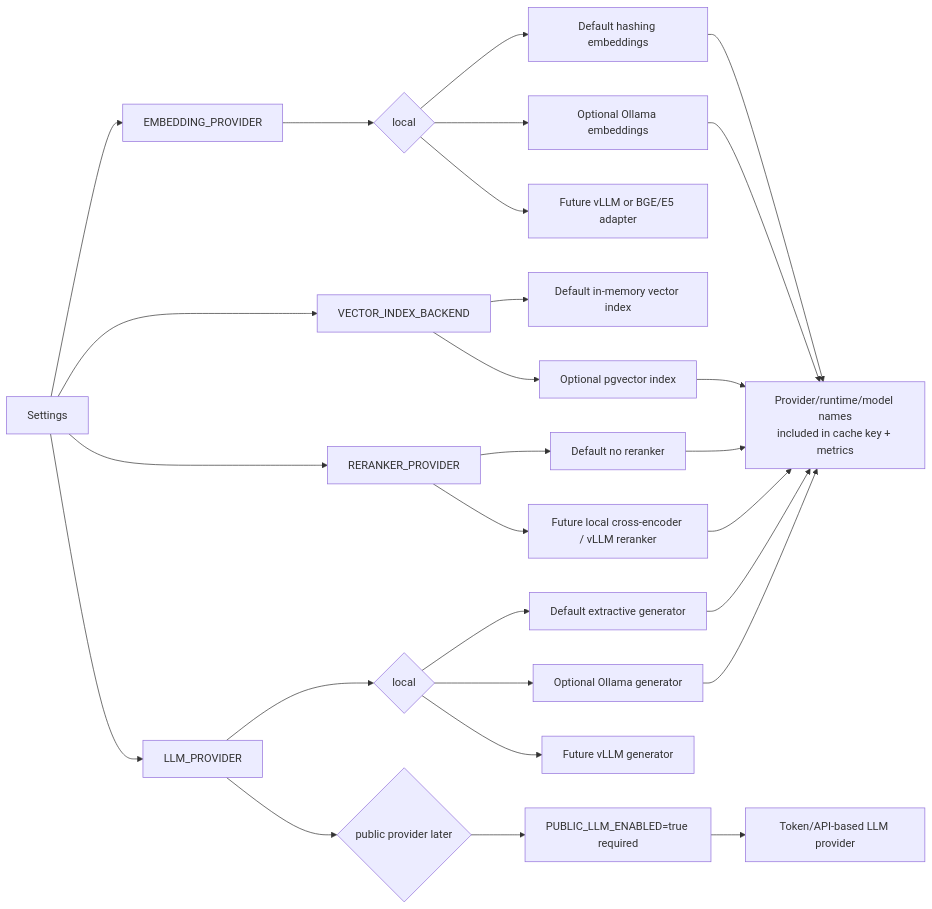
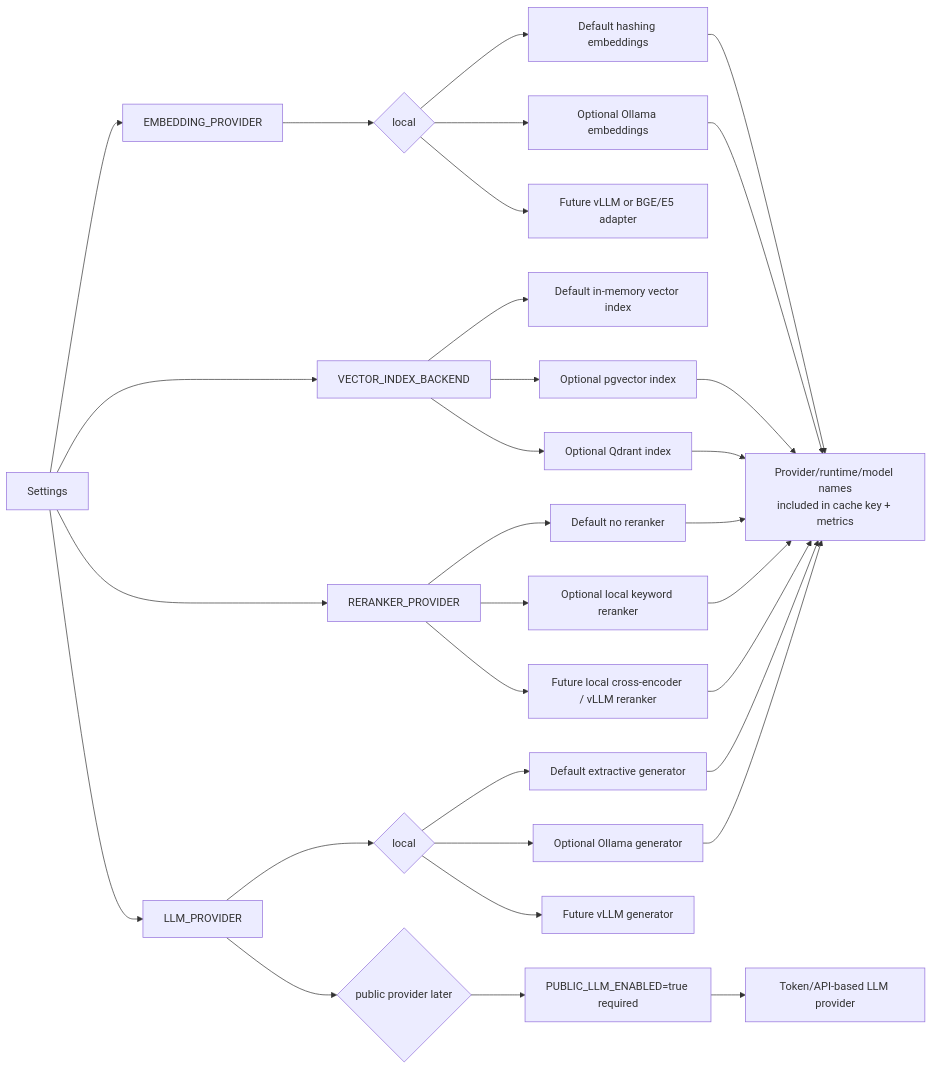
The sixth of 10 diagrams in docs/flow-diagrams.md (lnrdwarampudis-git/rag-saas-docs-ingestion-poc), drawn with Mermaid before and after one commit. The commit also changed 23 other files, not shown here.

Commit message:
Add MinIO upload sessions Qdrant index and local reranker

````diff
--- a/docs/flow-diagrams.md
+++ b/docs/flow-diagrams.md
@@ -156,29 +156,33 @@
 ```mermaid
 flowchart LR
   config["Settings"] --> embeddingProvider["EMBEDDING_PROVIDER"]
   config --> vectorIndex["VECTOR_INDEX_BACKEND"]
   config --> rerankerProvider["RERANKER_PROVIDER"]
   config --> llmProvider["LLM_PROVIDER"]
   embeddingProvider --> localEmbedding{"local"}
   localEmbedding --> hashing["Default hashing embeddings"]
   localEmbedding --> ollamaEmbedding["Optional Ollama embeddings"]
   localEmbedding --> futureEmbedding["Future vLLM or BGE/E5 adapter"]
   vectorIndex --> memoryIndex["Default in-memory vector index"]
   vectorIndex --> pgvectorIndex["Optional pgvector index"]
+  vectorIndex --> qdrantIndex["Optional Qdrant index"]
   rerankerProvider --> noReranker["Default no reranker"]
+  rerankerProvider --> keywordReranker["Optional local keyword reranker"]
   rerankerProvider --> futureReranker["Future local cross-encoder / vLLM reranker"]
   llmProvider --> localLlm{"local"}
   localLlm --> extractive["Default extractive generator"]
   localLlm --> ollamaLlm["Optional Ollama generator"]
   localLlm --> futureLlm["Future vLLM generator"]
   llmProvider --> public{"public provider later"}
   public --> gate["PUBLIC_LLM_ENABLED=true required"]
   gate --> tokenApi["Token/API-based LLM provider"]
   hashing --> cacheKey["Provider/runtime/model names<br/>included in cache key + metrics"]
   extractive --> cacheKey
   ollamaEmbedding --> cacheKey
   ollamaLlm --> cacheKey
   pgvectorIndex --> cacheKey
+  qdrantIndex --> cacheKey
   noReranker --> cacheKey
+  keywordReranker --> cacheKey
   futureReranker --> cacheKey
 ```
````
